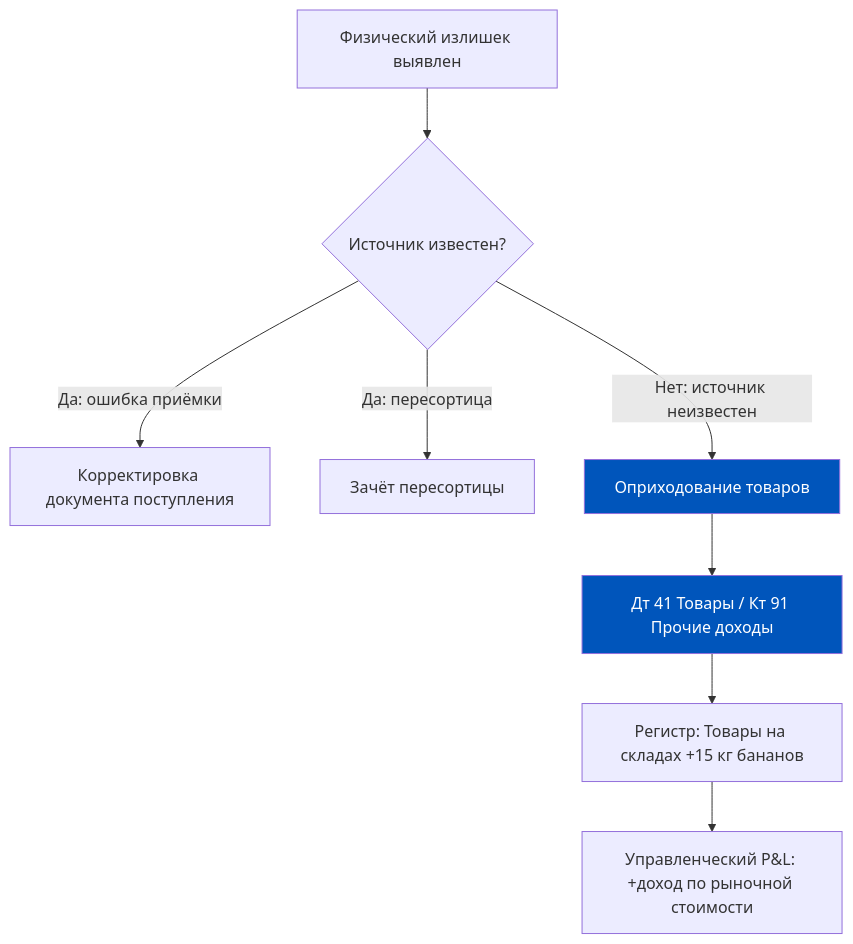
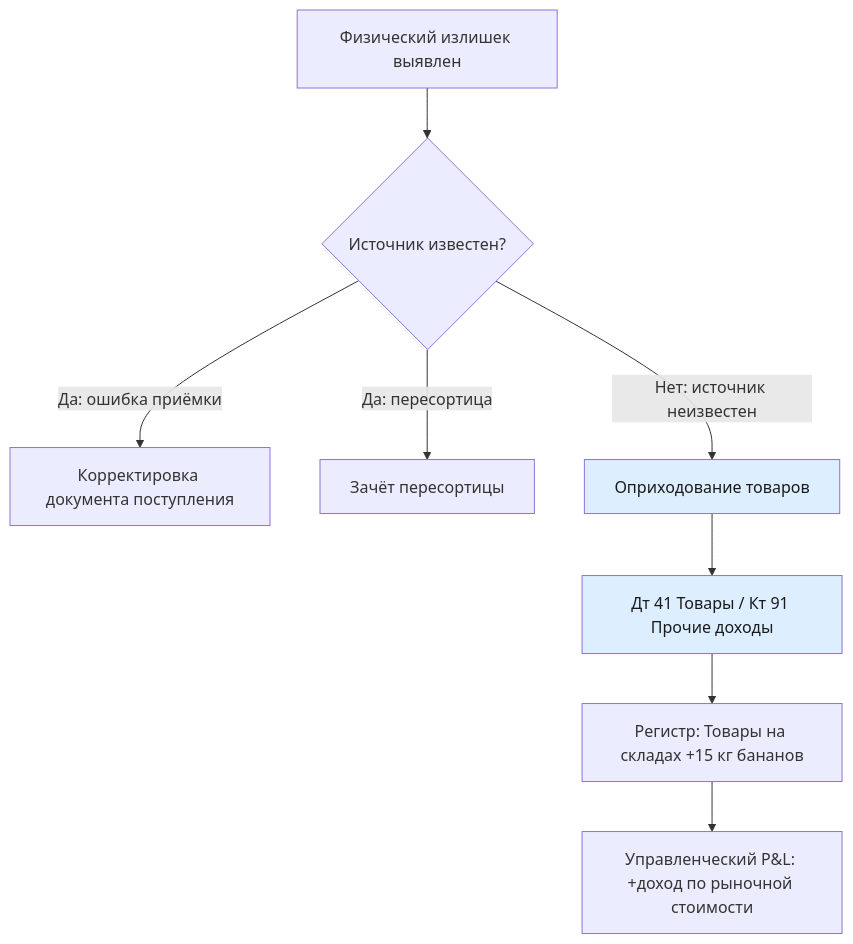
Before and after one commit to murad1986/1c-erp-quartz: the first of 9 diagrams in content/1c-erp/week_5/Неделя 5 - День 4 - Оприходование и списание.md, drawn with Mermaid. The commit also changed other lines of this file and 57 other files, not shown here.

First line of the commit message:
fix: Mermaid — пастельные цвета в источниках диаграмм (56 файлов)

````diff
--- a/content/1c-erp/week_5/Неделя 5 - День 4 - Оприходование и списание.md
+++ b/content/1c-erp/week_5/Неделя 5 - День 4 - Оприходование и списание.md
@@ -65,13 +65,13 @@
 ```mermaid
 flowchart TD
     A[Физический излишек выявлен] --> B{Источник известен?}
     B -- "Да: ошибка приёмки" --> C[Корректировка документа поступления]
     B -- "Да: пересортица" --> D[Зачёт пересортицы]
     B -- "Нет: источник неизвестен" --> E[Оприходование товаров]
     E --> F[Дт 41 Товары / Кт 91 Прочие доходы]
     F --> G[Регистр: Товары на складах +15 кг бананов]
     G --> H[Управленческий P&L: +доход по рыночной стоимости]
 
-    style E fill:#0055BB,color:#fff
-    style F fill:#0055BB,color:#fff
+    style E fill:#dceeff,color:#1a1a1a
+    style F fill:#dceeff,color:#1a1a1a
 ```
````
